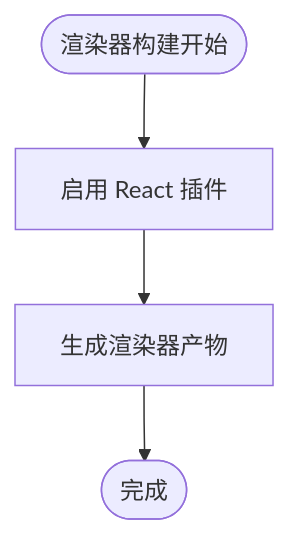
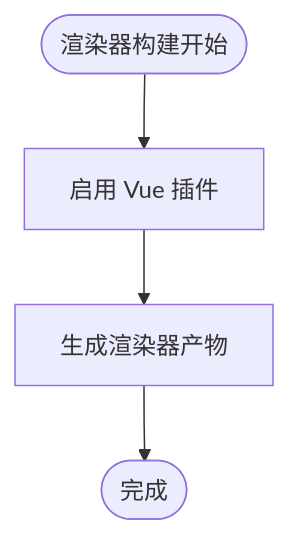
The fifth of 6 diagrams in .qoder/repowiki/zh/content/构建与部署/Vite 构建配置.md (hallllla/QAQ-Agent), drawn with Mermaid before and after one commit. The commit also changed other lines of this file and 23 other files, not shown here.

````diff
--- a/.qoder/repowiki/zh/content/构建与部署/Vite 构建配置.md
+++ b/.qoder/repowiki/zh/content/构建与部署/Vite 构建配置.md
@@ -176,6 +186,6 @@
 ```mermaid
 flowchart TD
-Start(["渲染器构建开始"]) --> EnableReact["启用 React 插件"]
-EnableReact --> Output["生成渲染器产物"]
+Start(["渲染器构建开始"]) --> EnableVue["启用 Vue 插件"]
+EnableVue --> Output["生成渲染器产物"]
 Output --> End(["完成"])
 ```
````
